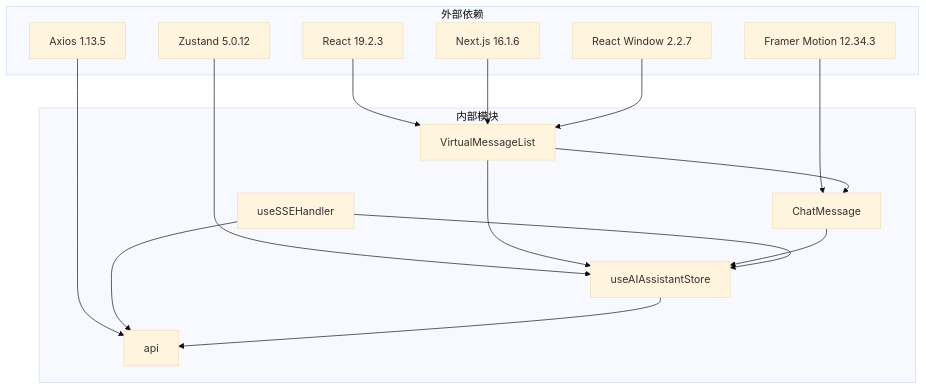
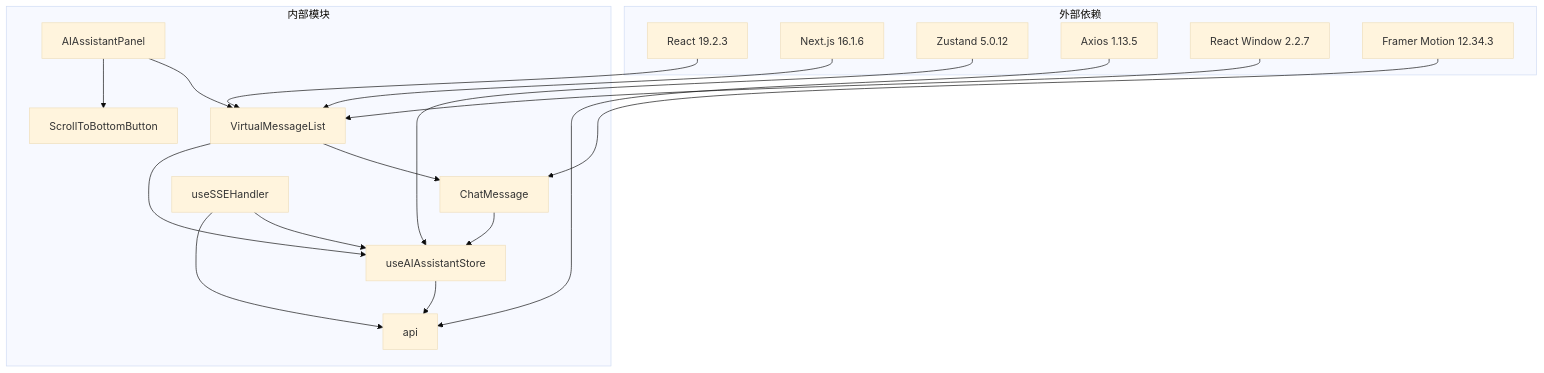
The sixth of 6 diagrams in .qoder/repowiki/zh/content/前端应用架构/UI组件库/虚拟化聊天渲染.md (KunLabAI/KunFlix), drawn with Mermaid (base theme) before and after one commit. The commit also changed other lines of this file and 22 other files, not shown here.

````diff
--- a/.qoder/repowiki/zh/content/前端应用架构/UI组件库/虚拟化聊天渲染.md
+++ b/.qoder/repowiki/zh/content/前端应用架构/UI组件库/虚拟化聊天渲染.md
@@ -305,30 +341,34 @@
 ```mermaid
 graph TB
 subgraph "外部依赖"
 React[React 19.2.3]
 Next[Next.js 16.1.6]
 ZUSTAND[Zustand 5.0.12]
 AXIOS[Axios 1.13.5]
 REACTWINDOW[React Window 2.2.7]
 FramerMotion[Framer Motion 12.34.3]
 end
 subgraph "内部模块"
 VML[VirtualMessageList]
 CM[ChatMessage]
+AAP[AIAssistantPanel]
 SSE[useSSEHandler]
 STORE[useAIAssistantStore]
 API[api]
+STBB[ScrollToBottomButton]
 end
 React --> VML
 Next --> VML
 ZUSTAND --> STORE
 AXIOS --> API
 REACTWINDOW --> VML
 FramerMotion --> CM
+AAP --> VML
+AAP --> STBB
 VML --> CM
 VML --> STORE
 CM --> STORE
 SSE --> STORE
 SSE --> API
 STORE --> API
 ```
````
